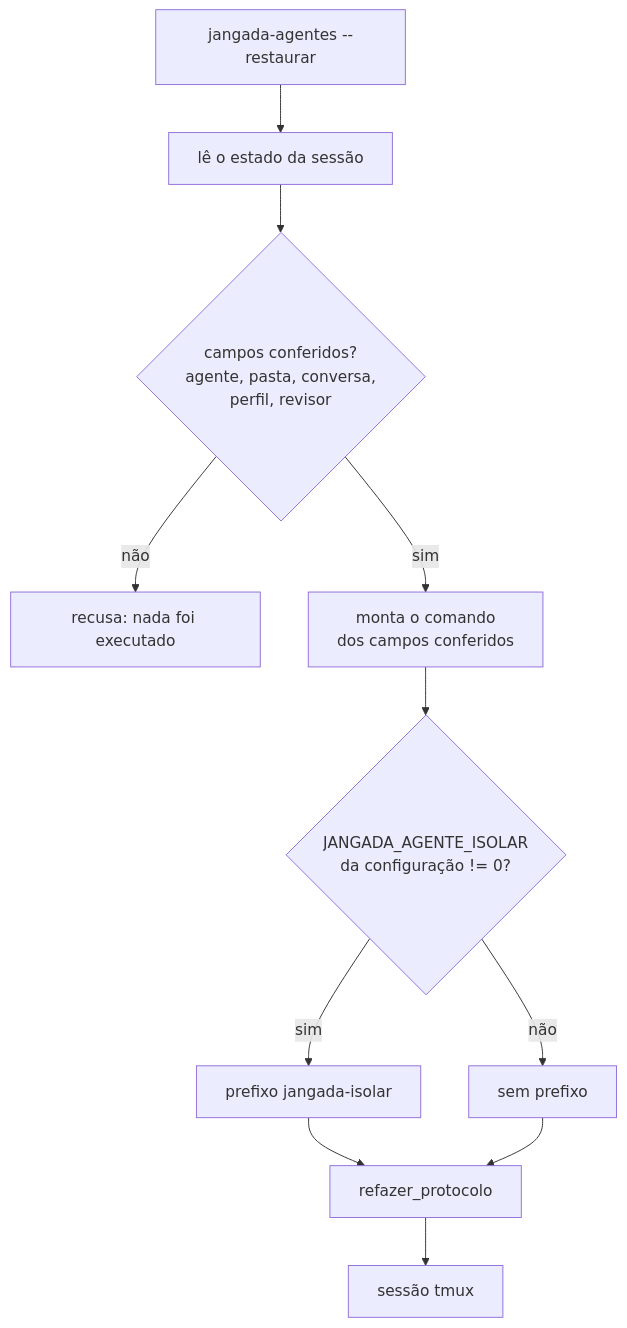
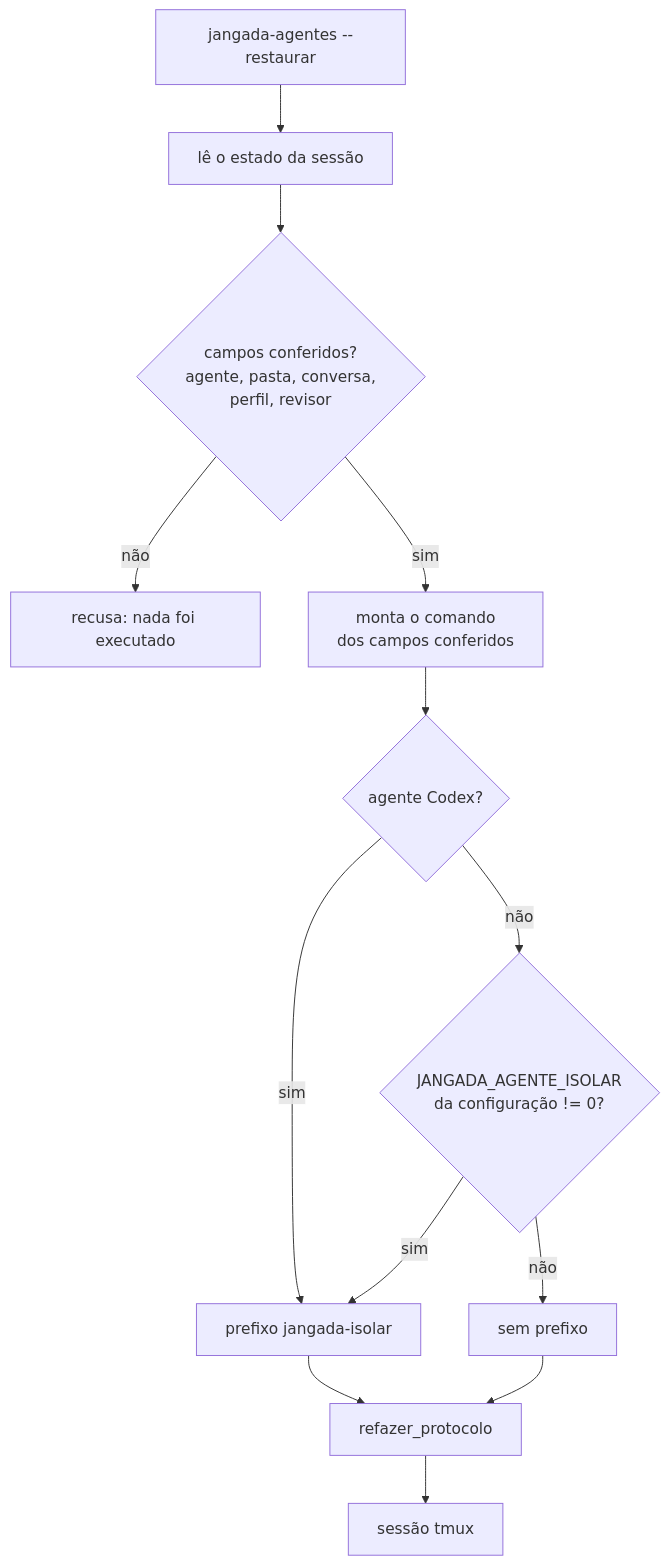
The third of 3 diagrams in docs/isolamento.md (felipintoslv/jangada), drawn with Mermaid before and after one commit. The commit also changed other lines of this file and 5 other files, not shown here.

````diff
--- a/docs/isolamento.md
+++ b/docs/isolamento.md
@@ -100,13 +108,15 @@
 ```mermaid
 flowchart TD
     A[jangada-agentes --restaurar] --> B[lê o estado da sessão]
     B --> C{campos conferidos?<br>agente, pasta, conversa,<br>perfil, revisor}
     C -- não --> R[recusa: nada foi executado]
     C -- sim --> D[monta o comando<br>dos campos conferidos]
-    D --> E{JANGADA_AGENTE_ISOLAR<br>da configuração != 0?}
-    E -- sim --> F[prefixo jangada-isolar]
+    D --> O{agente Codex?}
+    O -- sim --> F[prefixo jangada-isolar]
+    O -- não --> E{JANGADA_AGENTE_ISOLAR<br>da configuração != 0?}
+    E -- sim --> F
     E -- não --> G[sem prefixo]
     F --> H[refazer_protocolo]
     G --> H
     H --> I[sessão tmux]
 ```
````
